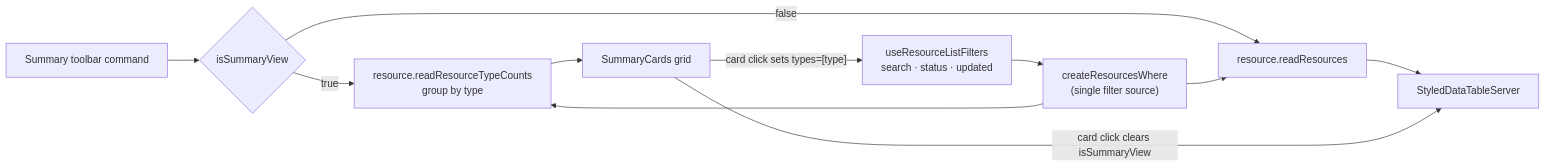
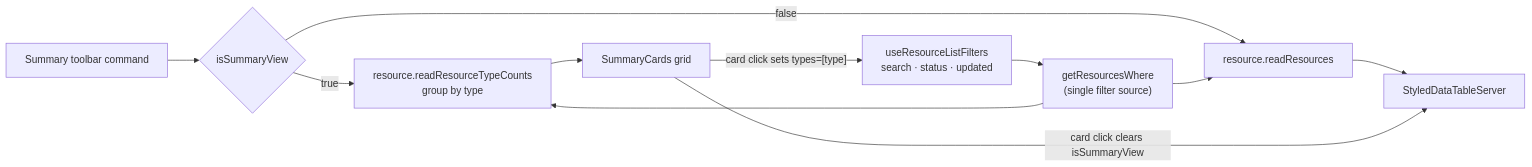
The diagram in packages/app/content/docs/platform/summary-view.md (Esposter/Esposter), drawn with Mermaid before and after one commit. The commit also changed other lines of this file and 8 other files, not shown here.

First line of the commit message:
docs: carry the resource filter and count renames into the pages that name them

````diff
--- a/packages/app/content/docs/platform/summary-view.md
+++ b/packages/app/content/docs/platform/summary-view.md
@@ -16,11 +16,11 @@
 ```mermaid
 flowchart LR
   TOGGLE["Summary toolbar command"] --> MODE{"isSummaryView"}
-  STATE["useResourceListFilters<br/>search · status · updated"] --> WHERE["createResourcesWhere<br/>(single filter source)"]
+  STATE["useResourceListFilters<br/>search · status · updated"] --> WHERE["getResourcesWhere<br/>(single filter source)"]
   MODE -->|false| RR["resource.readResources"] --> TABLE["StyledDataTableServer"]
   MODE -->|true| CBT["resource.readResourceTypeCounts<br/>group by type"] --> CARDS["SummaryCards grid"]
   WHERE --> RR
   WHERE --> CBT
   CARDS -->|"card click sets types=[type]"| STATE
   CARDS -->|"card click clears isSummaryView"| TABLE
 ```
````
